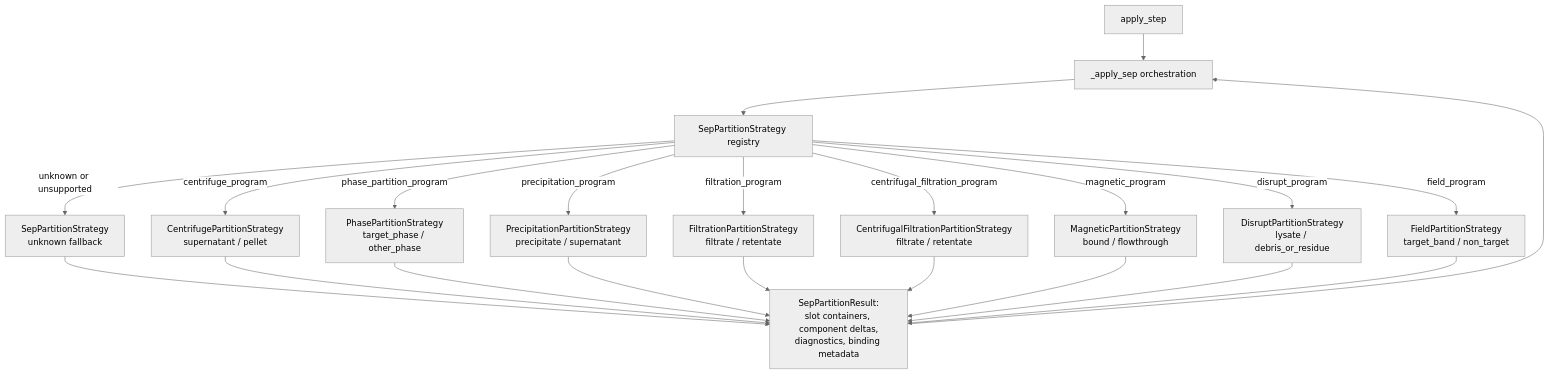
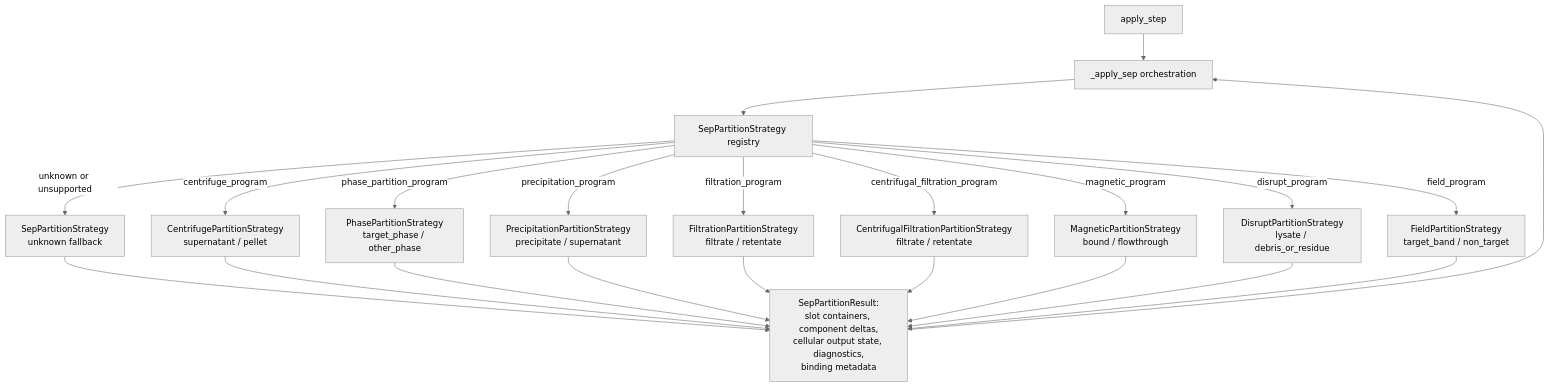
Before and after one commit to culsma/culsma: the sixth of 11 diagrams in docs/architecture/runtime_module_diagrams.md, drawn with Mermaid (neutral theme). The commit also changed other lines of this file and 30 other files, not shown here.

````diff
--- a/docs/architecture/runtime_module_diagrams.md
+++ b/docs/architecture/runtime_module_diagrams.md
@@ -265,38 +277,38 @@
 ```mermaid
 flowchart TB
     Apply["apply_step"]
     Sep["_apply_sep orchestration"]
     Registry["SepPartitionStrategy registry"]
     Default["SepPartitionStrategy<br/>unknown fallback"]
     Centrifuge["CentrifugePartitionStrategy<br/>supernatant / pellet"]
     Phase["PhasePartitionStrategy<br/>target_phase / other_phase"]
     Precip["PrecipitationPartitionStrategy<br/>precipitate / supernatant"]
     Filter["FiltrationPartitionStrategy<br/>filtrate / retentate"]
     CentrifugalFilter["CentrifugalFiltrationPartitionStrategy<br/>filtrate / retentate"]
     Magnetic["MagneticPartitionStrategy<br/>bound / flowthrough"]
     Disrupt["DisruptPartitionStrategy<br/>lysate / debris_or_residue"]
     Field["FieldPartitionStrategy<br/>target_band / non_target"]
-    Result["SepPartitionResult:<br/>slot containers, component deltas,<br/>diagnostics, binding metadata"]
+    Result["SepPartitionResult:<br/>slot containers, component deltas,<br/>cellular output state, diagnostics,<br/>binding metadata"]
 
     Apply --> Sep
     Sep --> Registry
     Registry -->|unknown or unsupported| Default
     Registry -->|centrifuge_program| Centrifuge
     Registry -->|phase_partition_program| Phase
     Registry -->|precipitation_program| Precip
     Registry -->|filtration_program| Filter
     Registry -->|centrifugal_filtration_program| CentrifugalFilter
     Registry -->|magnetic_program| Magnetic
     Registry -->|disrupt_program| Disrupt
     Registry -->|field_program| Field
     Default --> Result
     Centrifuge --> Result
     Phase --> Result
     Precip --> Result
     Filter --> Result
     CentrifugalFilter --> Result
     Magnetic --> Result
     Disrupt --> Result
     Field --> Result
     Result --> Sep
 ```
````
